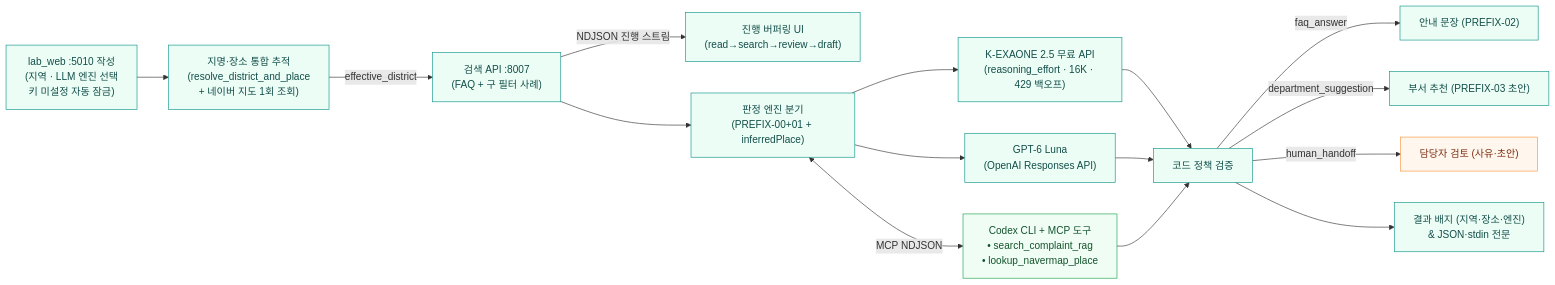
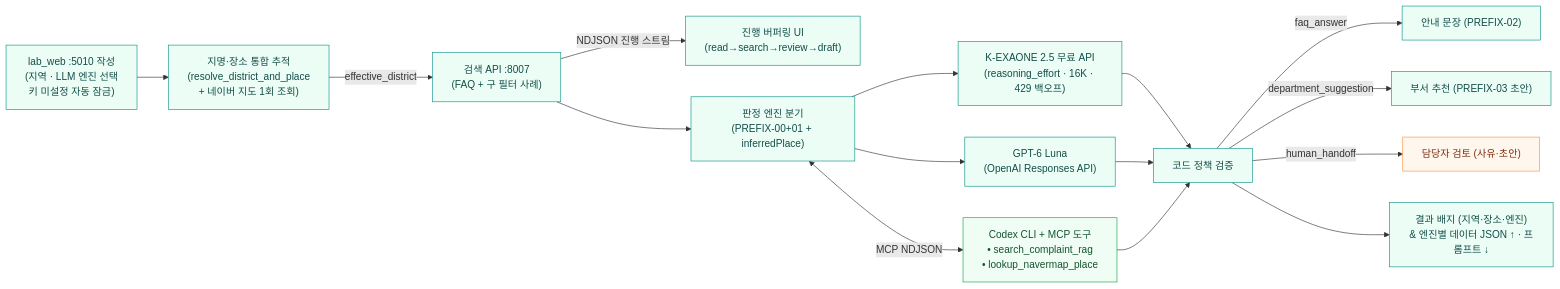
Before and after one commit to hy040504/ai-complaint-process: the first of 4 diagrams in README.md, drawn with Mermaid. The commit also changed other lines of this file and 9 other files, not shown here.

````diff
--- a/README.md
+++ b/README.md
@@ -120,23 +121,23 @@
 ```mermaid
 flowchart LR
     W["lab_web :5010 작성<br/>(지역 · LLM 엔진 선택<br/>키 미설정 자동 잠금)"] --> D["지명·장소 통합 추적<br/>(resolve_district_and_place<br/>+ 네이버 지도 1회 조회)"]
     D -->|"effective_district"| S["검색 API :8007<br/>(FAQ + 구 필터 사례)"]
     S -->|"NDJSON 진행 스트림"| P["진행 버퍼링 UI<br/>(read→search→review→draft)"]
     S --> C["판정 엔진 분기<br/>(PREFIX-00+01 + inferredPlace)"]
     C --> E1["K-EXAONE 2.5 무료 API<br/>(reasoning_effort · 16K · 429 백오프)"]
     C --> E2["GPT-6 Luna<br/>(OpenAI Responses API)"]
     C <-->|"MCP NDJSON"| M["Codex CLI + MCP 도구<br/>• search_complaint_rag<br/>• lookup_navermap_place"]
     E1 --> V["코드 정책 검증"]
     E2 --> V
     M --> V
     V -->|faq_answer| F["안내 문장 (PREFIX-02)"]
     V -->|department_suggestion| B["부서 추천 (PREFIX-03 초안)"]
     V -->|human_handoff| H["담당자 검토 (사유·초안)"]
-    V --> O["결과 배지 (지역·장소·엔진)<br/>& JSON·stdin 전문"]
+    V --> O["결과 배지 (지역·장소·엔진)<br/>& 엔진별 데이터 JSON ↑ · 프롬프트 ↓"]
     classDef ready fill:#ecfdf5,stroke:#0d9488,color:#134e4a
     classDef human fill:#fff7ed,stroke:#fb923c,color:#7c2d12
     classDef tool fill:#f0fdf4,stroke:#16a34a,color:#14532d
     class W,D,S,P,C,E1,E2,V,F,B,O ready
     class H human
     class M tool
 ```
````
